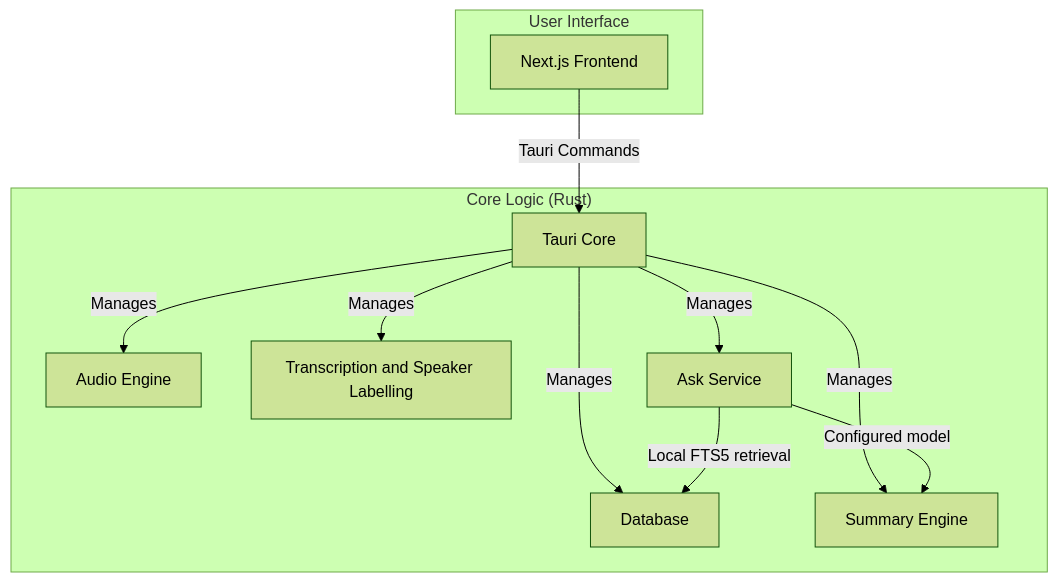
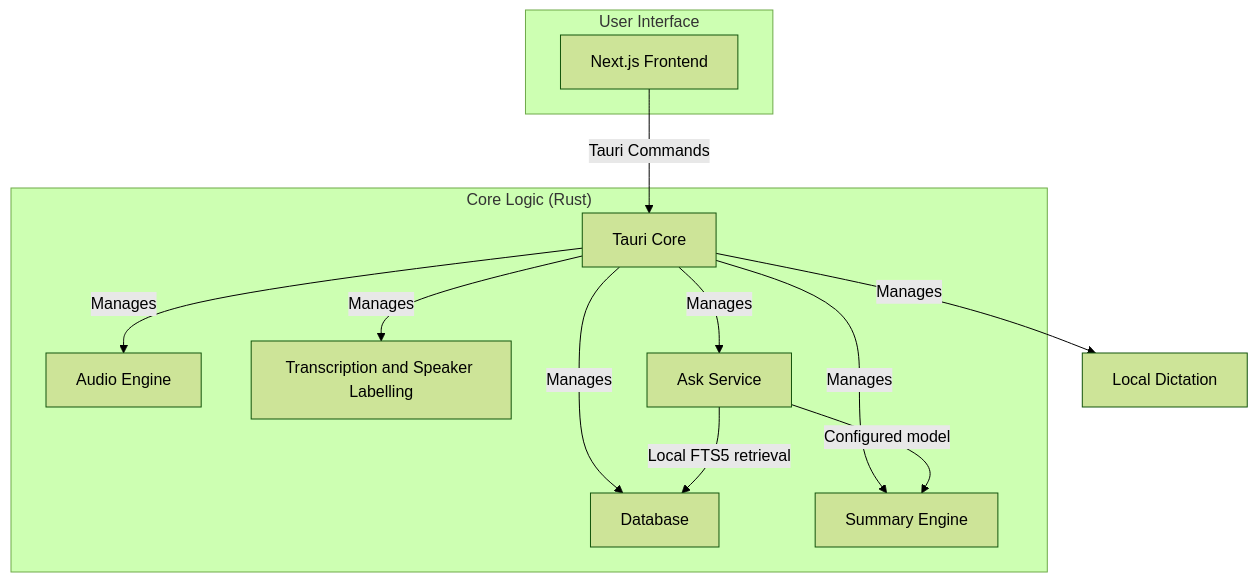
Before and after one commit to Schramm2/Atrium: the diagram in docs/architecture.md, drawn with Mermaid (forest theme). The commit also changed other lines of this file and 23 other files, not shown here.

````diff
--- a/docs/architecture.md
+++ b/docs/architecture.md
@@ -7,24 +7,25 @@
 ```mermaid
 graph TD
     subgraph User Interface
         A[Next.js Frontend]
     end
 
     subgraph "Core Logic (Rust)"
         B[Tauri Core]
         C[Audio Engine]
         D[Transcription and Speaker Labelling]
         E[Database]
         F[Summary Engine]
         G[Ask Service]
     end
 
     A -- Tauri Commands --> B
     B -- Manages --> C
     B -- Manages --> D
     B -- Manages --> E
     B -- Manages --> F
     B -- Manages --> G
+    B -- Manages --> H[Local Dictation]
     G -- Local FTS5 retrieval --> E
     G -- Configured model --> F
 ```
````
